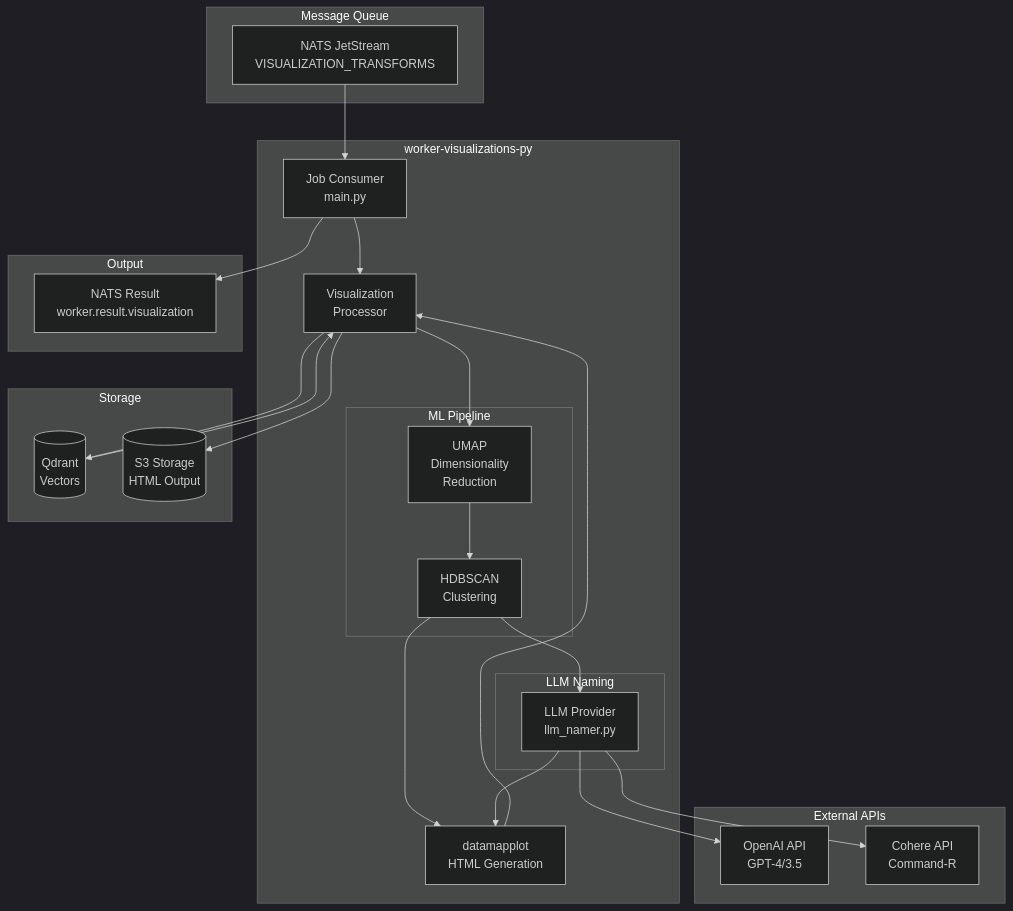
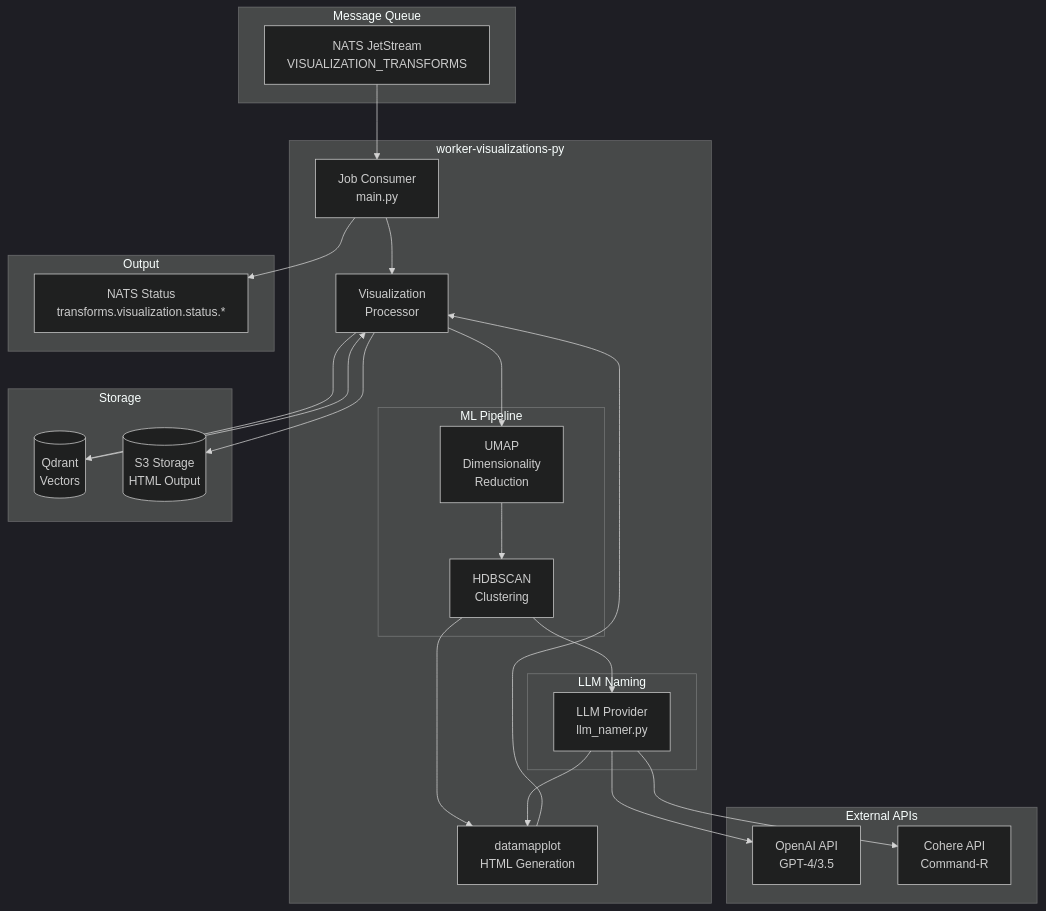
Before and after one commit to FishySoftware/semantic-explorer: the first of 2 diagrams in crates/worker-visualizations-py/README.md, drawn with Mermaid (dark theme). The commit also changed other lines of this file and 28 other files, not shown here.

````diff
--- a/crates/worker-visualizations-py/README.md
+++ b/crates/worker-visualizations-py/README.md
@@ -21,53 +21,53 @@
 ```mermaid
 graph TB
     subgraph "Message Queue"
         NATS[NATS JetStream<br/>VISUALIZATION_TRANSFORMS]
     end
 
     subgraph "worker-visualizations-py"
         CONSUMER[Job Consumer<br/>main.py]
         PROCESSOR[Visualization<br/>Processor]
 
         subgraph "ML Pipeline"
             UMAP[UMAP<br/>Dimensionality<br/>Reduction]
             HDBSCAN[HDBSCAN<br/>Clustering]
         end
 
         subgraph "LLM Naming"
             LLM_NAMER[LLM Provider<br/>llm_namer.py]
         end
 
         DATAMAP[datamapplot<br/>HTML Generation]
     end
 
     subgraph "External APIs"
         OPENAI[OpenAI API<br/>GPT-4/3.5]
         COHERE[Cohere API<br/>Command-R]
     end
 
     subgraph "Storage"
         QDRANT[(Qdrant<br/>Vectors)]
         S3[(S3 Storage<br/>HTML Output)]
     end
 
     subgraph "Output"
-        RESULT[NATS Result<br/>worker.result.visualization]
+        RESULT[NATS Status<br/>transforms.visualization.status.*]
     end
 
     NATS --> CONSUMER
     CONSUMER --> PROCESSOR
     PROCESSOR --> QDRANT
     QDRANT --> PROCESSOR
 
     PROCESSOR --> UMAP
     UMAP --> HDBSCAN
     HDBSCAN --> LLM_NAMER
     LLM_NAMER --> OPENAI & COHERE
 
     HDBSCAN --> DATAMAP
     LLM_NAMER --> DATAMAP
 
     DATAMAP --> PROCESSOR
     PROCESSOR --> S3
     CONSUMER --> RESULT
 ```
````
